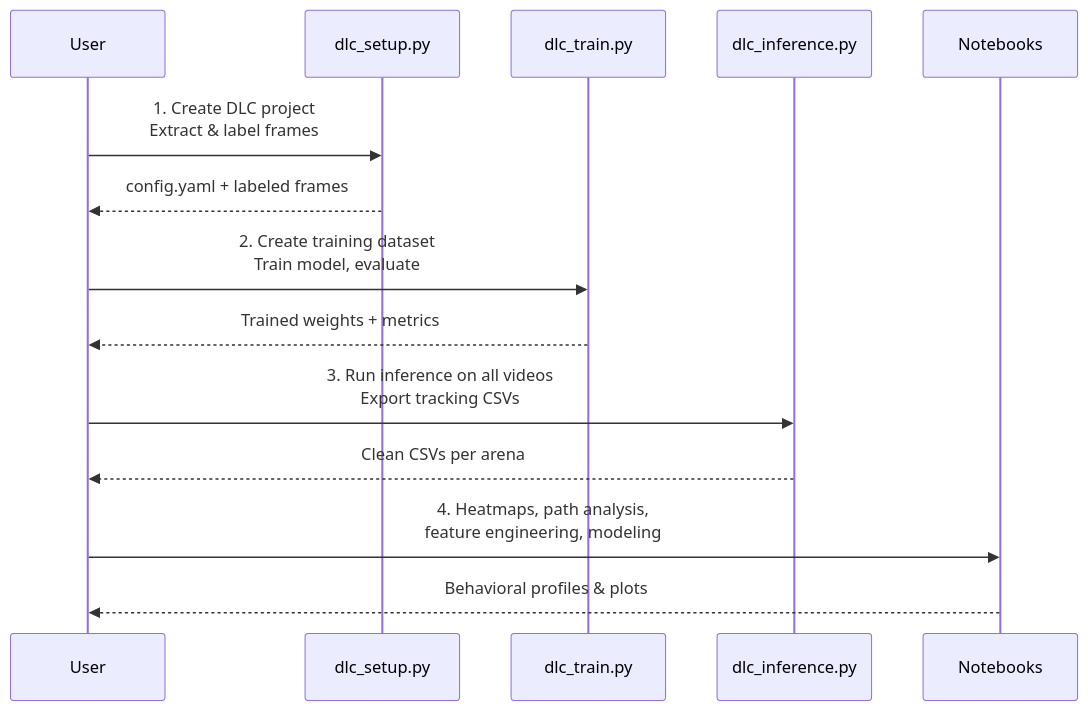
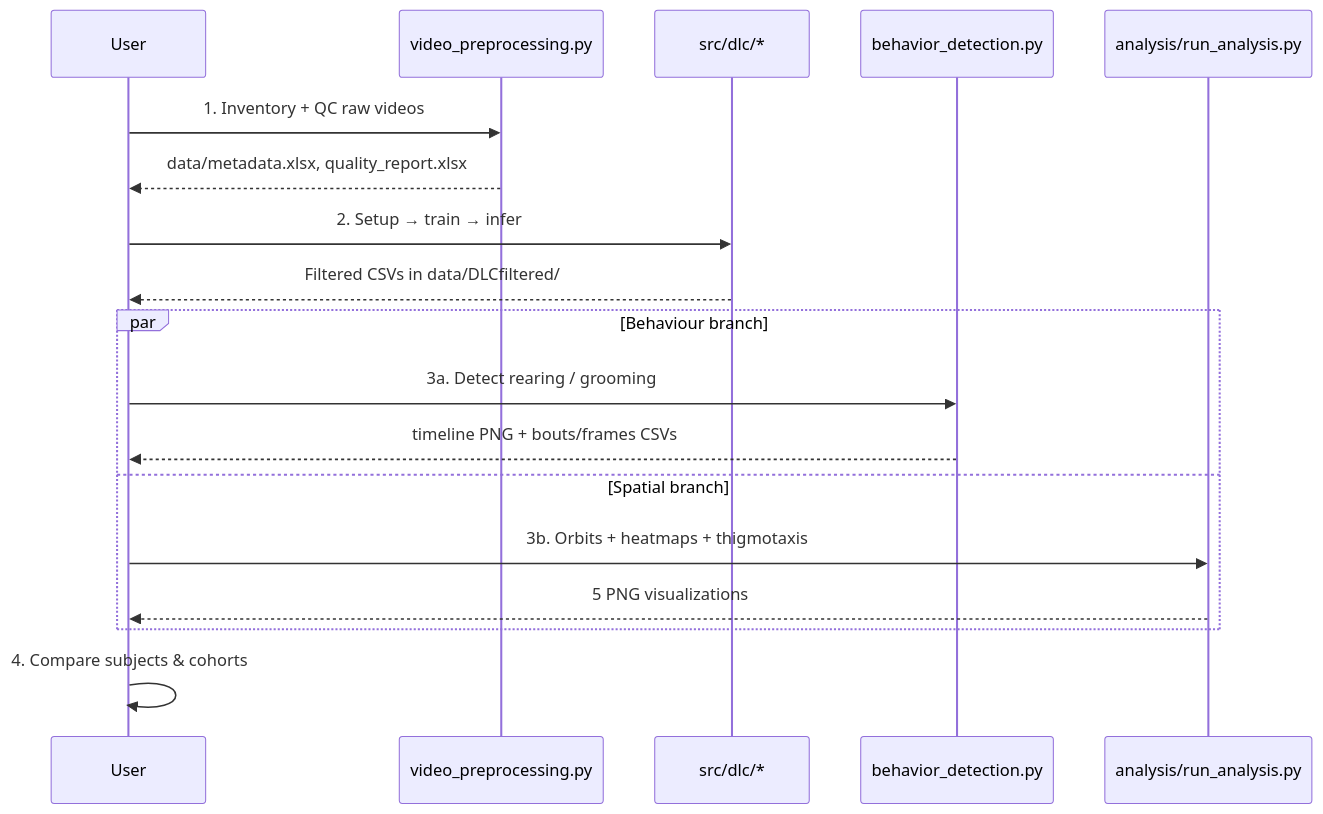
Before and after one commit to Kaankzlyar/RatBehaviorAnalyze: the second of 3 diagrams in README.md, drawn with Mermaid. The commit also changed other lines of this file, not shown here.

First line of the commit message:
docs: overhaul README with pipeline diagrams, example outputs, treatment design

````diff
--- a/README.md
+++ b/README.md
@@ -43,20 +70,24 @@
 ```mermaid
 sequenceDiagram
     participant User
-    participant Setup as dlc_setup.py
-    participant Train as dlc_train.py
-    participant Infer as dlc_inference.py
-    participant Analysis as Notebooks
+    participant Pre as video_preprocessing.py
+    participant DLC as src/dlc/*
+    participant Beh as behavior_detection.py
+    participant Spa as analysis/run_analysis.py
 
-    User->>Setup: 1. Create DLC project<br/>Extract & label frames
-    Setup-->>User: config.yaml + labeled frames
+    User->>Pre: 1. Inventory + QC raw videos
+    Pre-->>User: data/metadata.xlsx, quality_report.xlsx
 
-    User->>Train: 2. Create training dataset<br/>Train model, evaluate
-    Train-->>User: Trained weights + metrics
+    User->>DLC: 2. Setup → train → infer
+    DLC-->>User: Filtered CSVs in data/DLCfiltered/
 
-    User->>Infer: 3. Run inference on all videos<br/>Export tracking CSVs
-    Infer-->>User: Clean CSVs per arena
+    par Behaviour branch
+        User->>Beh: 3a. Detect rearing / grooming
+        Beh-->>User: timeline PNG + bouts/frames CSVs
+    and Spatial branch
+        User->>Spa: 3b. Orbits + heatmaps + thigmotaxis
+        Spa-->>User: 5 PNG visualizations
+    end
 
-    User->>Analysis: 4. Heatmaps, path analysis,<br/>feature engineering, modeling
-    Analysis-->>User: Behavioral profiles & plots
+    User->>User: 4. Compare subjects & cohorts
 ```
````
